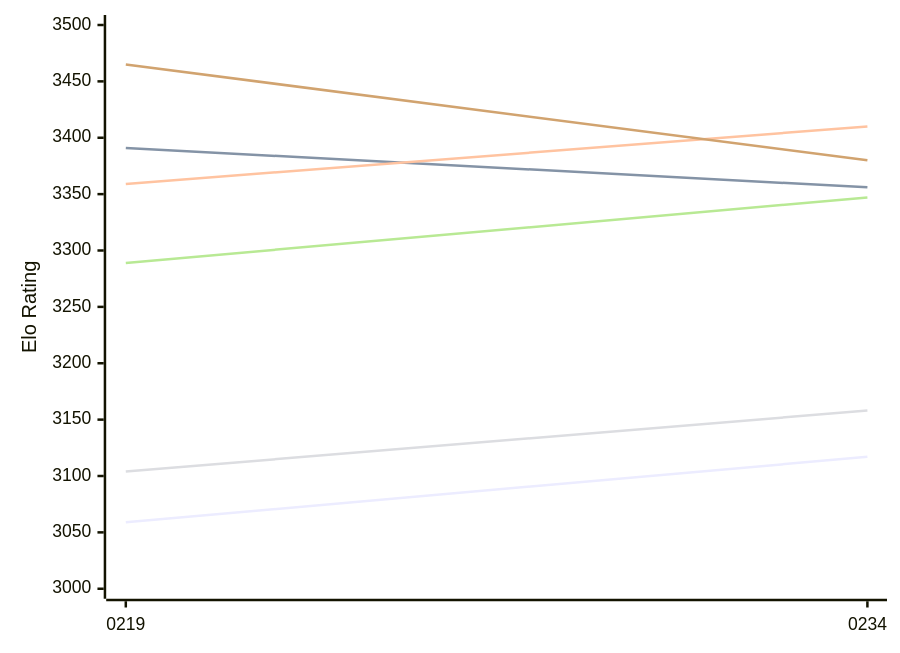
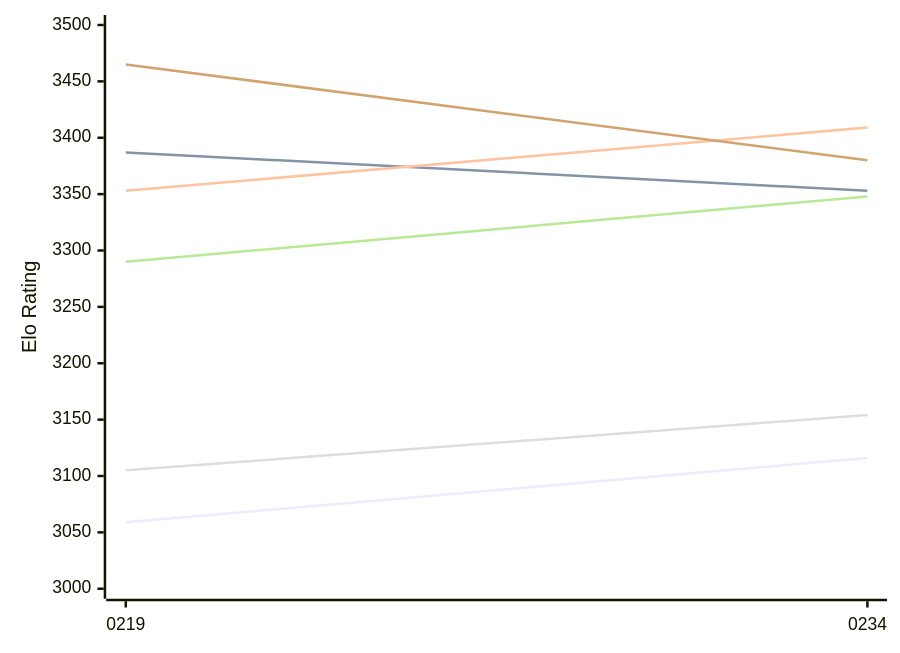
Before and after one commit to computer-chess-index/cci: the first of 2 diagrams in engines/Ynode.md, drawn with Mermaid. The commit also changed other lines of this file, not shown here.

Commit message:
Update CCI Ratings (ELO VLTC) - 2026-11-27

````diff
--- a/engines/Ynode.md
+++ b/engines/Ynode.md
@@ -50,12 +50,12 @@
 ```mermaid
 %%{init: {"theme":"base","themeVariables":{"seriesColors:['#a3a3a3','#222221','#faa371']}}}%%
 xychart-beta
   x-axis ["0219", "0234"]
   y-axis "Elo Rating" 3000 --> 3500
-  line "E1: STC (8.0+0.08s)" [3059, 3117]
-  line "E1: LTC (60.0+0.60s)" [3391, 3356]
-  line "E1: VLTC (2m24s+1.12s)" [3359, 3410]
-  line "P1: STC (8.0+0.08s)" [3104, 3158]
-  line "P1: LTC (60.0+0.60s)" [3289, 3347]
+  line "E1: STC (8.0+0.08s)" [3059, 3116]
+  line "E1: LTC (60.0+0.60s)" [3387, 3353]
+  line "E1: VLTC (2m24s+1.12s)" [3353, 3409]
+  line "P1: STC (8.0+0.08s)" [3105, 3154]
+  line "P1: LTC (60.0+0.60s)" [3290, 3348]
   line "P1: VLTC (2m24s+1.12s)" [3465, 3380]
 ```
````
